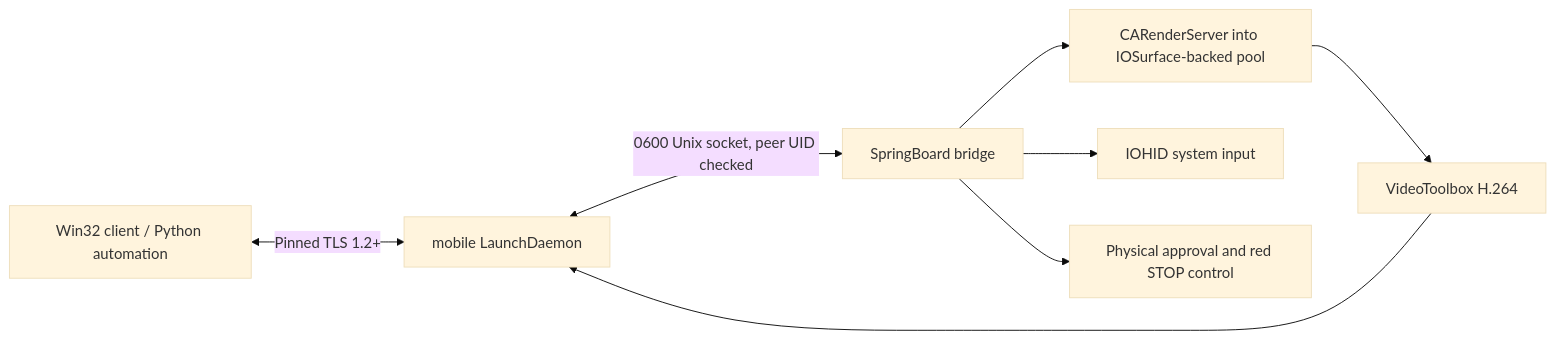
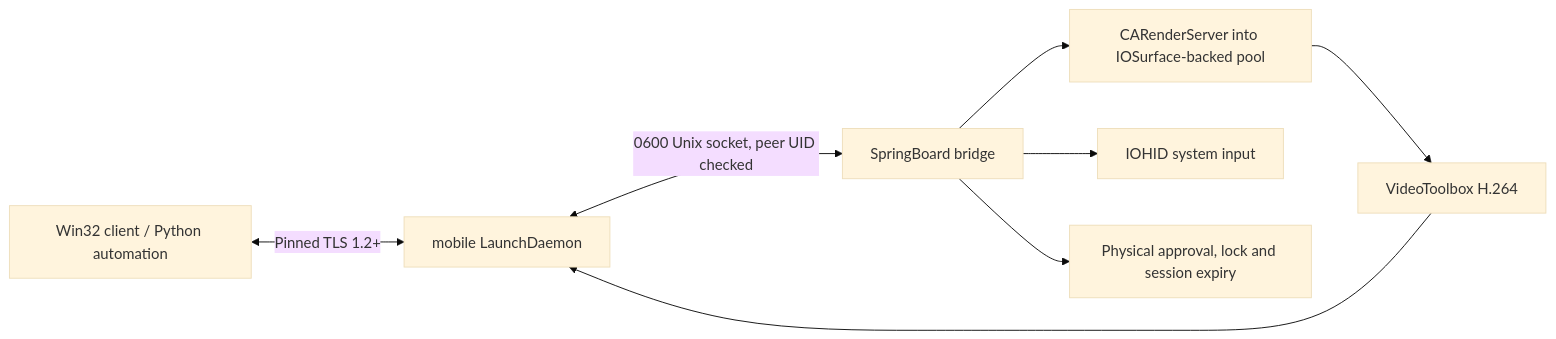
Before and after one commit to Justintunsday/iOSRemoteBridge: the diagram in docs/ARCHITECTURE.md, drawn with Mermaid (base theme). The commit also changed other lines of this file and 7 other files, not shown here.

Commit message:
fix(ios): remove floating remote-control button after approval

````diff
--- a/docs/ARCHITECTURE.md
+++ b/docs/ARCHITECTURE.md
@@ -3,10 +3,10 @@
 ```mermaid
 flowchart LR
   W[Win32 client / Python automation] <-->|Pinned TLS 1.2+| D[mobile LaunchDaemon]
   D <-->|0600 Unix socket, peer UID checked| S[SpringBoard bridge]
   S --> C[CARenderServer into IOSurface-backed pool]
   C --> V[VideoToolbox H.264]
   V --> D
   S --> H[IOHID system input]
-  S --> O[Physical approval and red STOP control]
+  S --> O[Physical approval, lock and session expiry]
 ```
````
